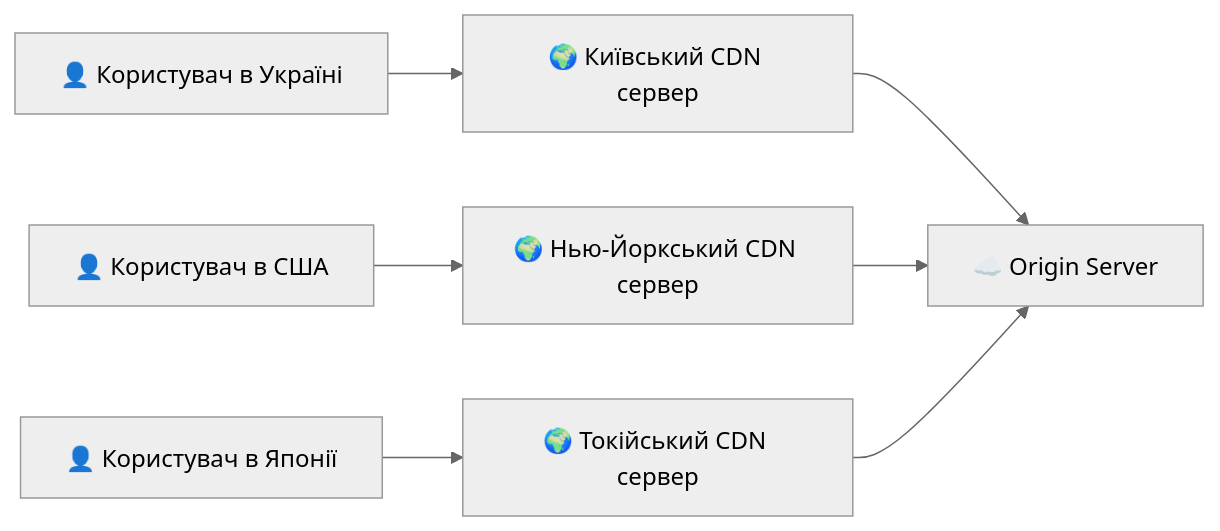
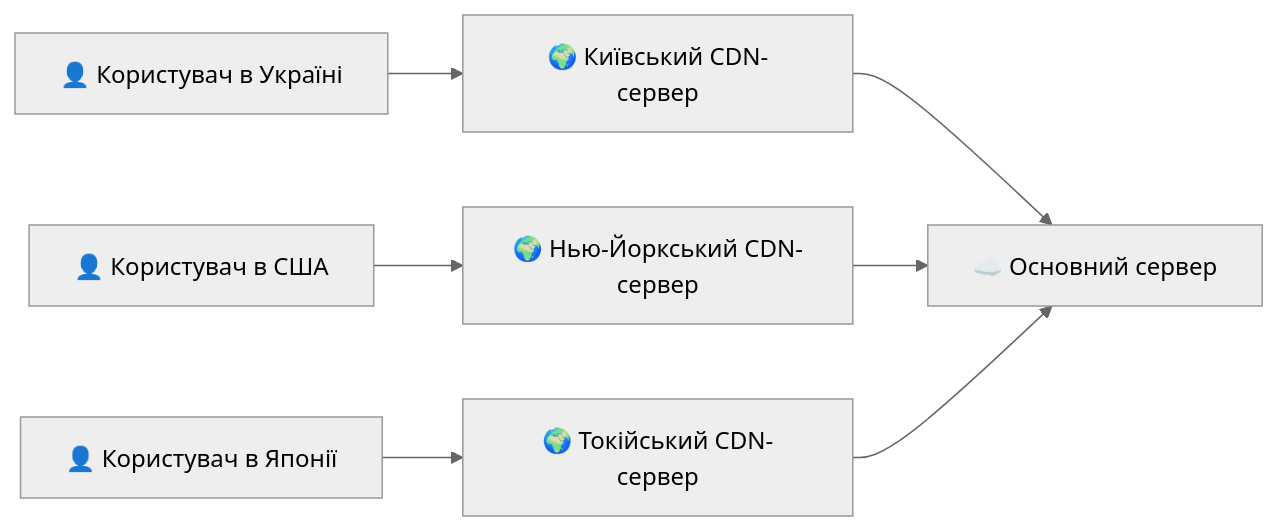
The second of 19 diagrams in lectures/lecture-01.md (olroi421/course-web), drawn with Mermaid (neutral theme) before and after one commit. The commit also changed other lines of this file and 4 other files, not shown here.

````diff
--- a/lectures/lecture-01.md
+++ b/lectures/lecture-01.md
@@ -117,10 +148,10 @@
 ```mermaid
 graph LR
-    A[👤 Користувач в Україні] --> B[🌍 Київський CDN сервер]
-    C[👤 Користувач в США] --> D[🌍 Нью-Йоркський CDN сервер]
-    E[👤 Користувач в Японії] --> F[🌍 Токійський CDN сервер]
+    A[👤 Користувач в Україні] --> B[🌍 Київський CDN-сервер]
+    C[👤 Користувач в США] --> D[🌍 Нью-Йоркський CDN-сервер]
+    E[👤 Користувач в Японії] --> F[🌍 Токійський CDN-сервер]
 
-    B --> G[☁️ Origin Server]
+    B --> G[☁️ Основний сервер]
     D --> G
     F --> G
 ```
````
